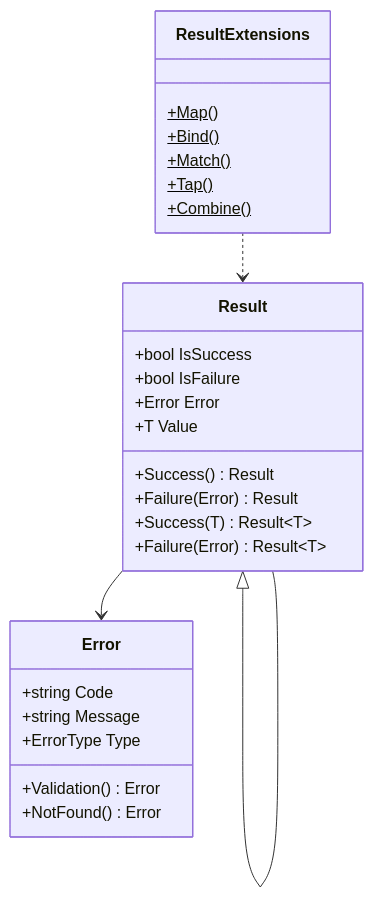
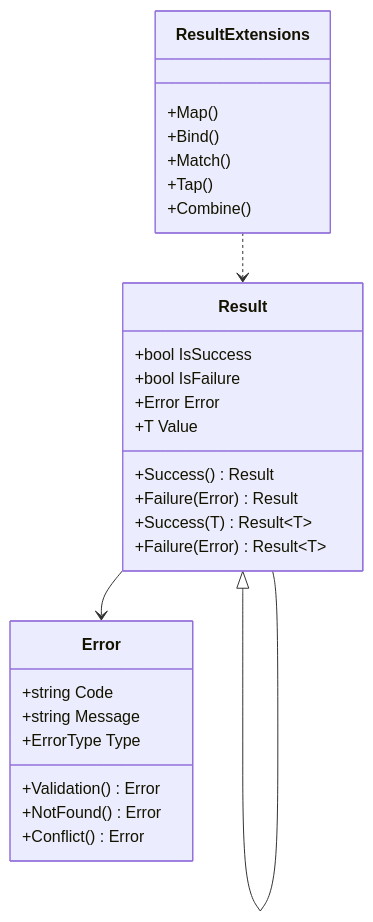
The first of 2 diagrams in src/DesignPatterns.Enterprise/ResultPattern/README.md (senapatisantosh/DotnetAdvanceDesignPattern), drawn with Mermaid before and after one commit. The commit also changed other lines of this file and 10 other files, not shown here.

````diff
--- a/src/DesignPatterns.Enterprise/ResultPattern/README.md
+++ b/src/DesignPatterns.Enterprise/ResultPattern/README.md
@@ -76,33 +84,34 @@
 ```mermaid
 classDiagram
     class Result {
         +bool IsSuccess
         +bool IsFailure
         +Error Error
         +Success() Result
         +Failure(Error) Result
     }
     class Result~T~ {
         +T Value
         +Success(T) Result~T~
         +Failure(Error) Result~T~
     }
     class Error {
         +string Code
         +string Message
         +ErrorType Type
         +Validation() Error
         +NotFound() Error
+        +Conflict() Error
     }
     class ResultExtensions {
-        +Map()$
-        +Bind()$
-        +Match()$
-        +Tap()$
-        +Combine()$
+        +Map()
+        +Bind()
+        +Match()
+        +Tap()
+        +Combine()
     }
 
     Result <|-- Result~T~
     Result --> Error
     ResultExtensions ..> Result~T~
 ```
````
